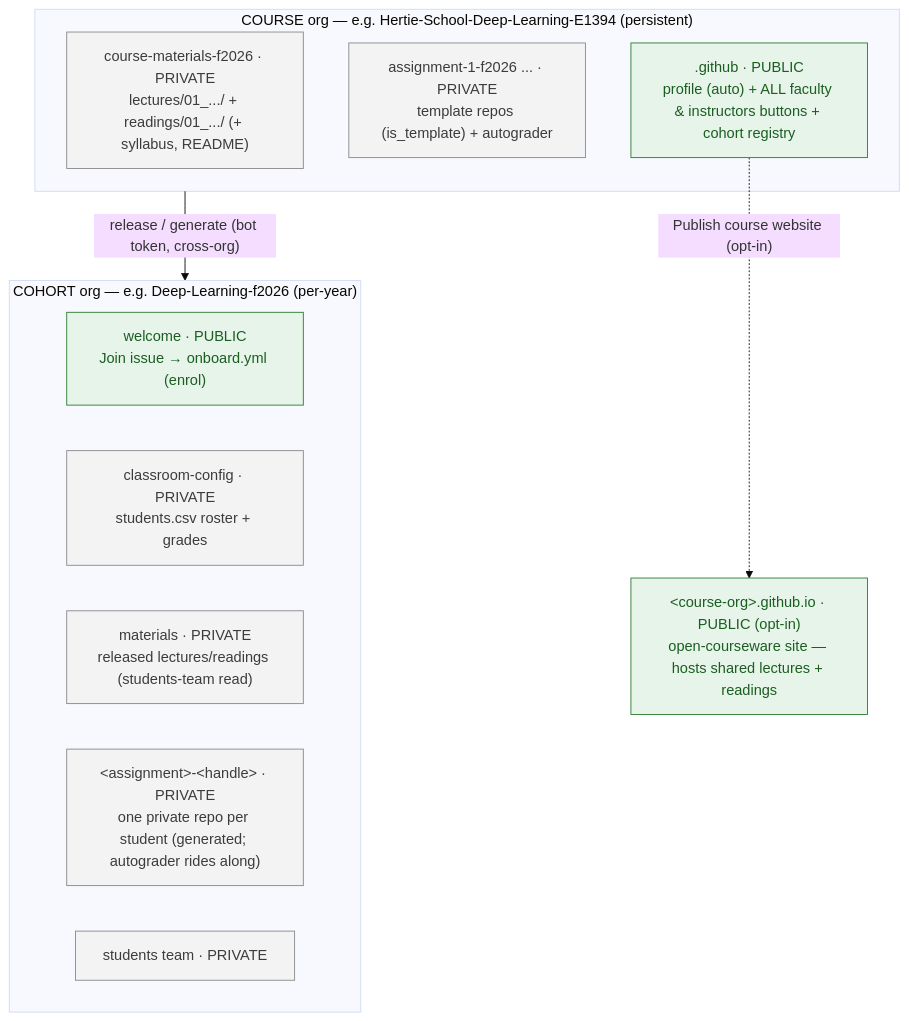
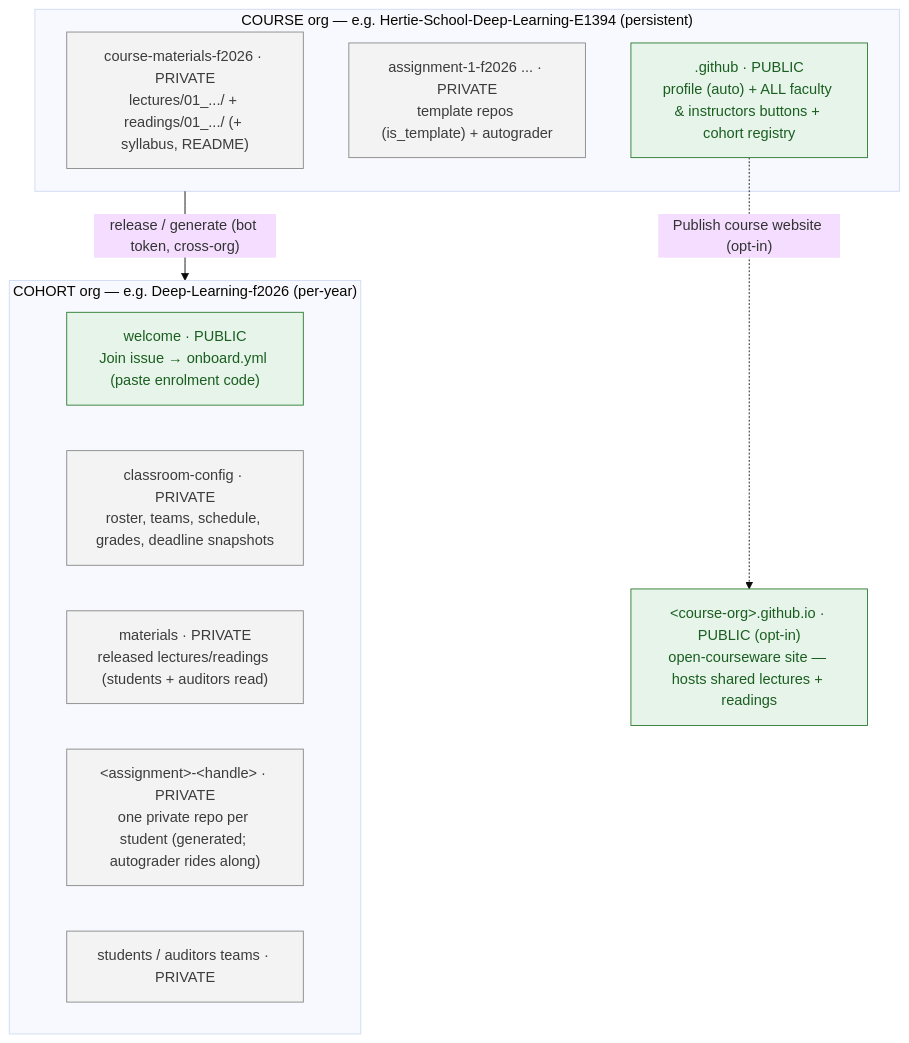
Before and after one commit to hertie-data-science-lab/dsl-teaching-course-setup: the diagram in README.md, drawn with Mermaid (base theme). The commit also changed other lines of this file and 14 other files, not shown here.

````diff
--- a/README.md
+++ b/README.md
@@ -17,26 +17,26 @@
 ```mermaid
 flowchart TB
   subgraph COURSE["COURSE org — e.g. Hertie-School-Deep-Learning-E1394 (persistent)"]
     mat["course-materials-f2026 · PRIVATE<br/>lectures/01_.../ + readings/01_.../ (+ syllabus, README)"]
     tmpl["assignment-1-f2026 ... · PRIVATE<br/>template repos (is_template) + autograder"]
     gh[".github · PUBLIC<br/>profile (auto) + ALL faculty & instructors buttons + cohort registry"]
   end
 
   subgraph COHORT["COHORT org — e.g. Deep-Learning-f2026 (per-year)"]
-    welcome["welcome · PUBLIC<br/>Join issue → onboard.yml (enrol)"]
-    cfg["classroom-config · PRIVATE<br/>students.csv roster + grades"]
-    cmat["materials · PRIVATE<br/>released lectures/readings (students-team read)"]
+    welcome["welcome · PUBLIC<br/>Join issue → onboard.yml (paste enrolment code)"]
+    cfg["classroom-config · PRIVATE<br/>roster, teams, schedule, grades, deadline snapshots"]
+    cmat["materials · PRIVATE<br/>released lectures/readings (students + auditors read)"]
     repos["&lt;assignment&gt;-&lt;handle&gt; · PRIVATE<br/>one private repo per student (generated; autograder rides along)"]
-    team["students team · PRIVATE"]
+    team["students / auditors teams · PRIVATE"]
   end
 
   pub["&lt;course-org&gt;.github.io · PUBLIC (opt-in)<br/>open-courseware site — hosts shared lectures + readings"]
 
   COURSE -->|"release / generate (bot token, cross-org)"| COHORT
   gh -.->|"Publish course website (opt-in)"| pub
 
   classDef public fill:#e6f4ea,stroke:#2e7d32,color:#1b5e20;
   classDef private fill:#f3f3f3,stroke:#8a8a8a,color:#3c3c3c;
   class gh,welcome,pub public;
   class mat,tmpl,cfg,cmat,repos,team private;
 ```
````
